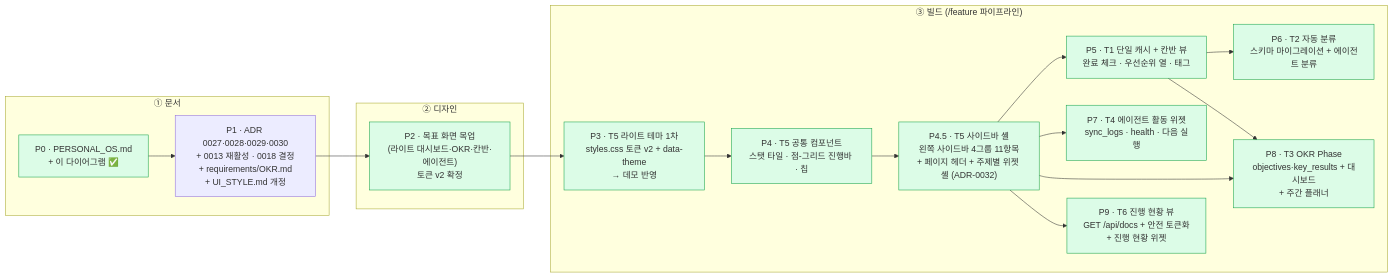
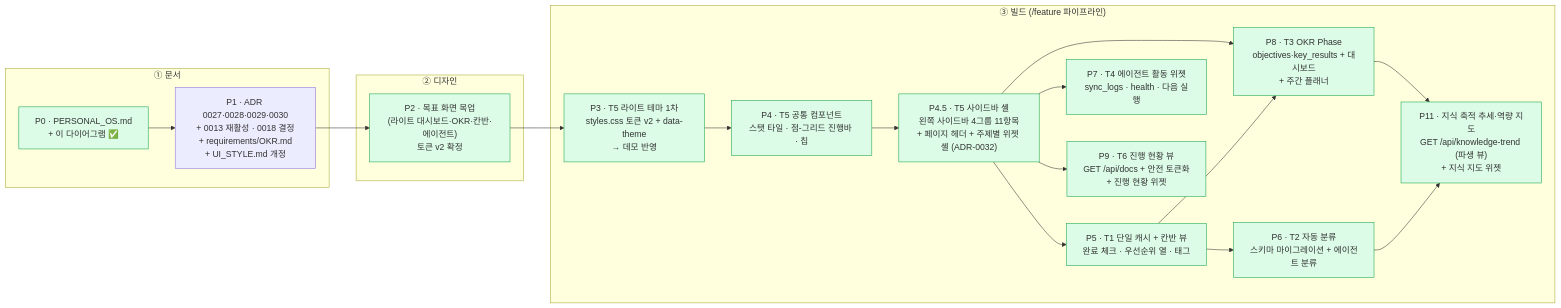
Before and after one commit to gamercross/my-setup-proj: the diagram in docs/progress/PROGRESS.md, drawn with Mermaid. The commit also changed other lines of this file and 33 other files, not shown here.

````diff
--- a/docs/progress/PROGRESS.md
+++ b/docs/progress/PROGRESS.md
@@ -304,38 +304,42 @@
 ```mermaid
 flowchart LR
   subgraph DOC["① 문서"]
     P0["P0 · PERSONAL_OS.md<br/>+ 이 다이어그램 ✅"]
     P1["P1 · ADR 0027·0028·0029·0030<br/>+ 0013 재활성 · 0018 결정<br/>+ requirements/OKR.md<br/>+ UI_STYLE.md 개정"]
   end
   subgraph DES["② 디자인"]
     P2["P2 · 목표 화면 목업<br/>(라이트 대시보드·OKR·칸반·에이전트)<br/>토큰 v2 확정"]
   end
   subgraph BUILD["③ 빌드 (/feature 파이프라인)"]
     P3["P3 · T5 라이트 테마 1차<br/>styles.css 토큰 v2 + data-theme<br/>→ 데모 반영"]
     P4["P4 · T5 공통 컴포넌트<br/>스탯 타일 · 점-그리드 진행바 · 칩"]
     P45["P4.5 · T5 사이드바 셸<br/>왼쪽 사이드바 4그룹 11항목<br/>+ 페이지 헤더 + 주제별 위젯 셸 (ADR-0032)"]
     P5["P5 · T1 단일 캐시 + 칸반 뷰<br/>완료 체크 · 우선순위 열 · 태그"]
     P6["P6 · T2 자동 분류<br/>스키마 마이그레이션 + 에이전트 분류"]
     P7["P7 · T4 에이전트 활동 위젯<br/>sync_logs · health · 다음 실행"]
     P8["P8 · T3 OKR Phase<br/>objectives·key_results + 대시보드<br/>+ 주간 플래너"]
     P9["P9 · T6 진행 현황 뷰<br/>GET /api/docs + 안전 토큰화<br/>+ 진행 현황 위젯"]
+    P11["P11 · 지식 축적 추세·역량 지도<br/>GET /api/knowledge-trend (파생 뷰)<br/>+ 지식 지도 위젯"]
   end
 
   P0 --> P1 --> P2 --> P3 --> P4 --> P45
   P45 --> P5 --> P6
   P45 --> P7
   P45 --> P8
   P45 --> P9
   P5 --> P8
+  P8 --> P11
+  P6 --> P11
 
   style P0 fill:#dcfce7,stroke:#16a34a
   style P2 fill:#dcfce7,stroke:#16a34a
   style P3 fill:#dcfce7,stroke:#16a34a
   style P4 fill:#dcfce7,stroke:#16a34a
   style P45 fill:#dcfce7,stroke:#16a34a
   style P5 fill:#dcfce7,stroke:#16a34a
   style P6 fill:#dcfce7,stroke:#16a34a
   style P7 fill:#dcfce7,stroke:#16a34a
   style P8 fill:#dcfce7,stroke:#16a34a
   style P9 fill:#dcfce7,stroke:#16a34a
+  style P11 fill:#dcfce7,stroke:#16a34a
 ```
````
